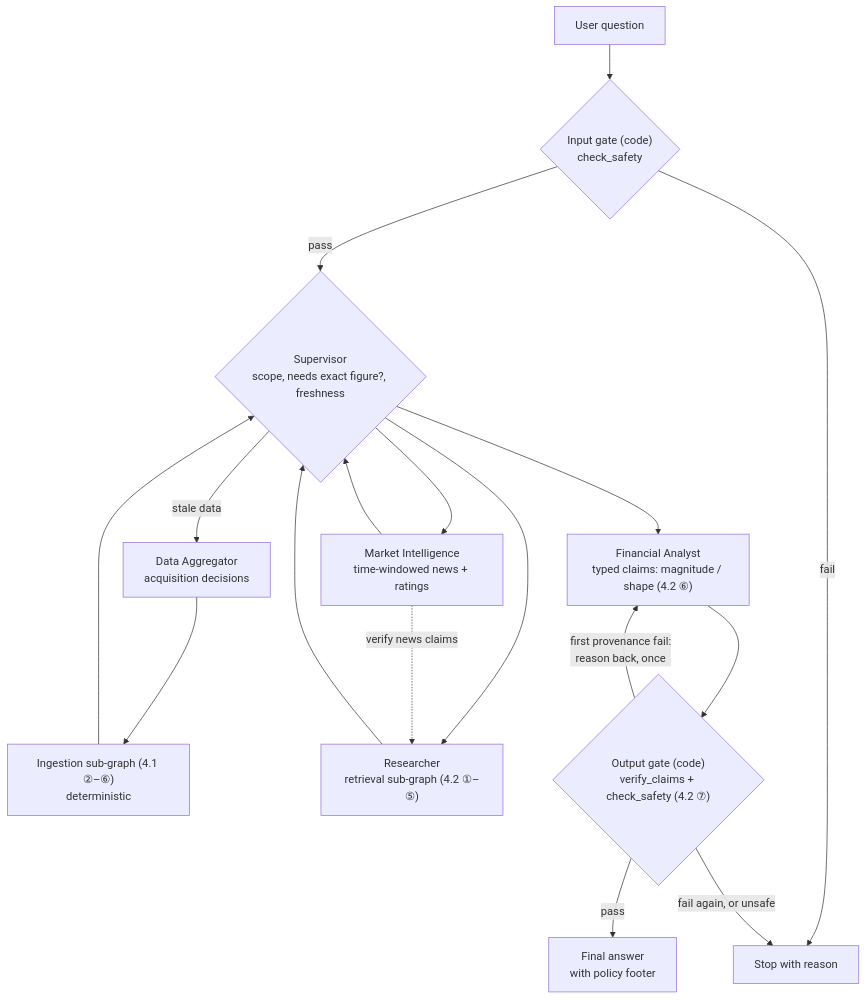
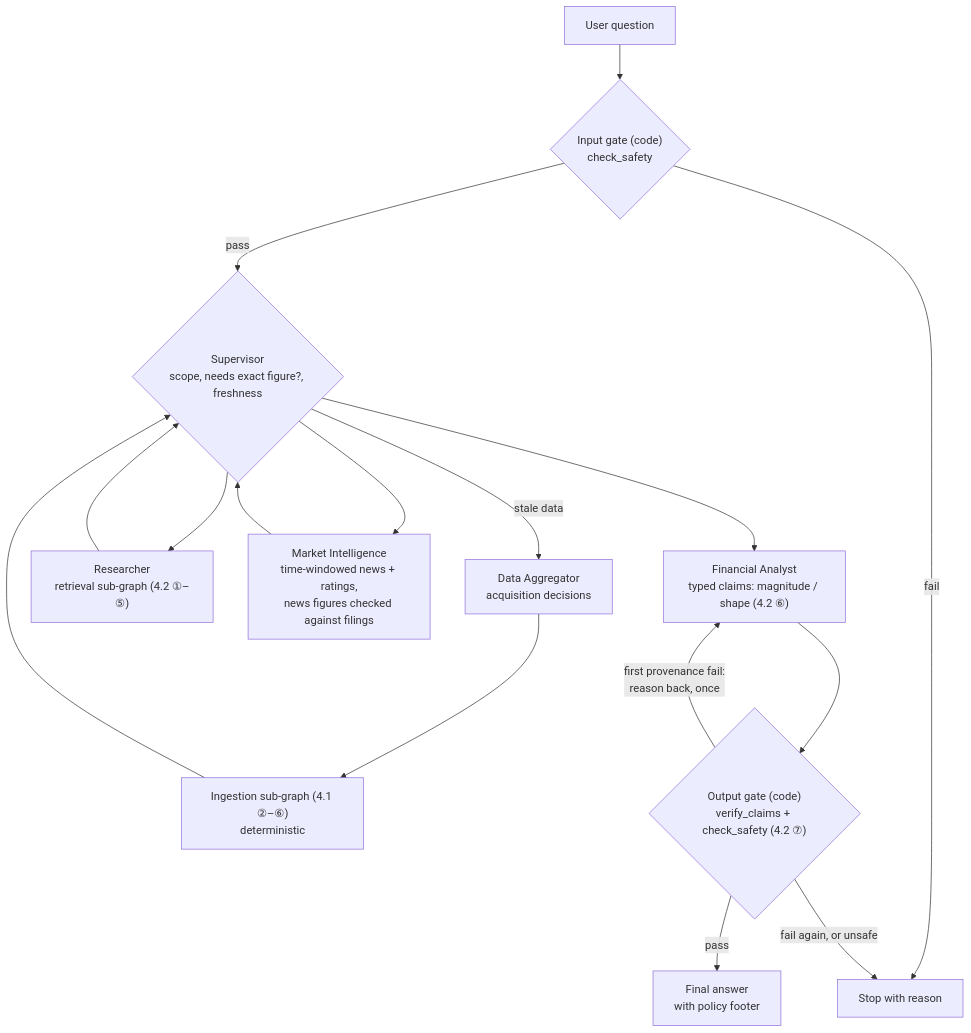
Before and after one commit to chazyman/financial-agent-capstone: the third of 3 diagrams in PROPOSAL.md, drawn with Mermaid. The commit also changed other lines of this file and 2 other files, not shown here.

````diff
--- a/PROPOSAL.md
+++ b/PROPOSAL.md
@@ -240,26 +251,25 @@
 ```mermaid
 flowchart TD
     U[User question]
     IG{"Input gate (code)<br/>check_safety"}
     S{"Supervisor<br/>scope, needs exact figure?, freshness"}
     DA["Data Aggregator<br/>acquisition decisions"]
     ING["Ingestion sub-graph (4.1 ②–⑥)<br/>deterministic"]
     R["Researcher<br/>retrieval sub-graph (4.2 ①–⑤)"]
-    MI["Market Intelligence<br/>time-windowed news + ratings"]
+    MI["Market Intelligence<br/>time-windowed news + ratings,<br/>news figures checked against filings"]
     FA["Financial Analyst<br/>typed claims: magnitude / shape (4.2 ⑥)"]
     OG{"Output gate (code)<br/>verify_claims + check_safety (4.2 ⑦)"}
     ANS["Final answer<br/>with policy footer"]
     STOP["Stop with reason"]
 
     U --> IG
     IG -->|pass| S
     IG -->|fail| STOP
     S -- stale data --> DA --> ING --> S
     S --> R --> S
     S --> MI --> S
-    MI -. verify news claims .-> R
     S --> FA --> OG
     OG -->|pass| ANS
     OG -->|"first provenance fail:<br/>reason back, once"| FA
     OG -->|"fail again, or unsafe"| STOP
 ```
````
